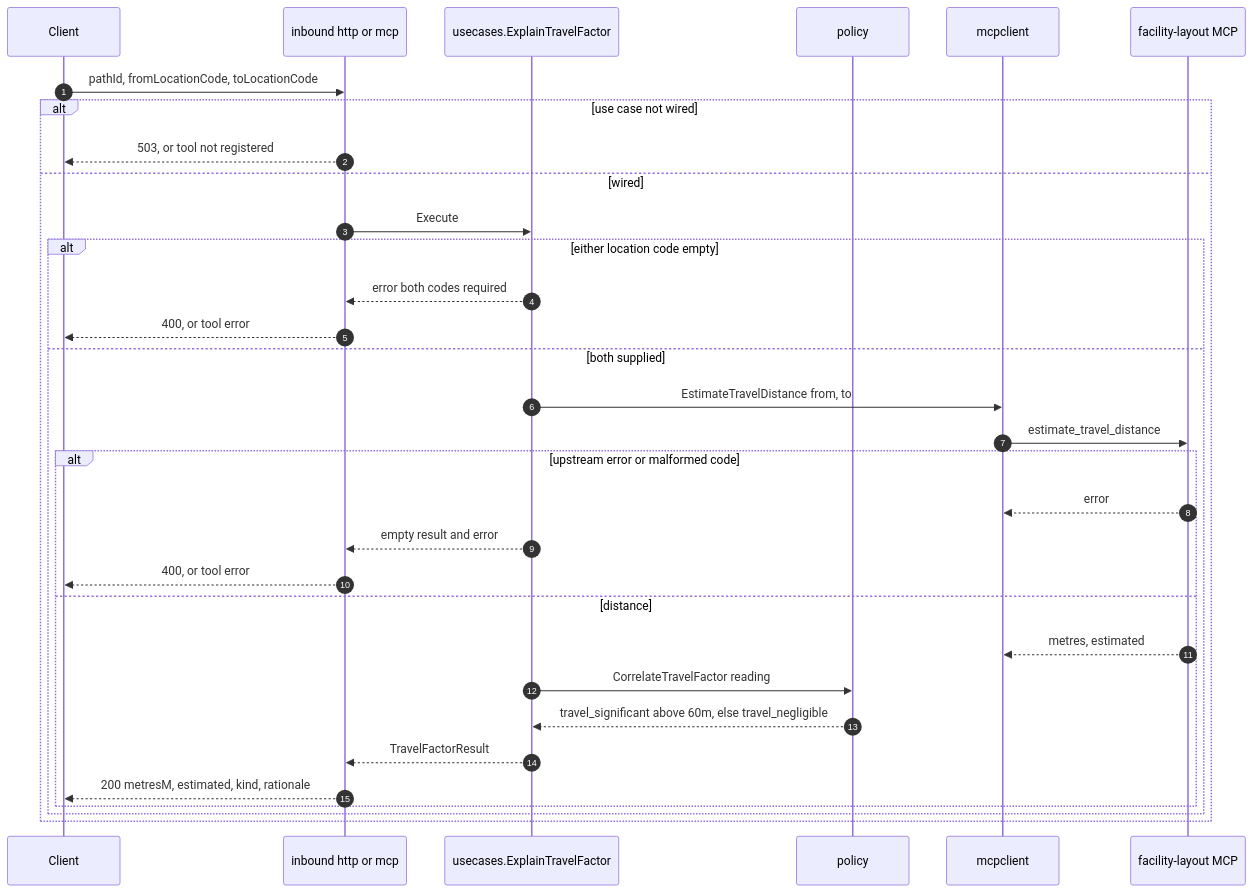
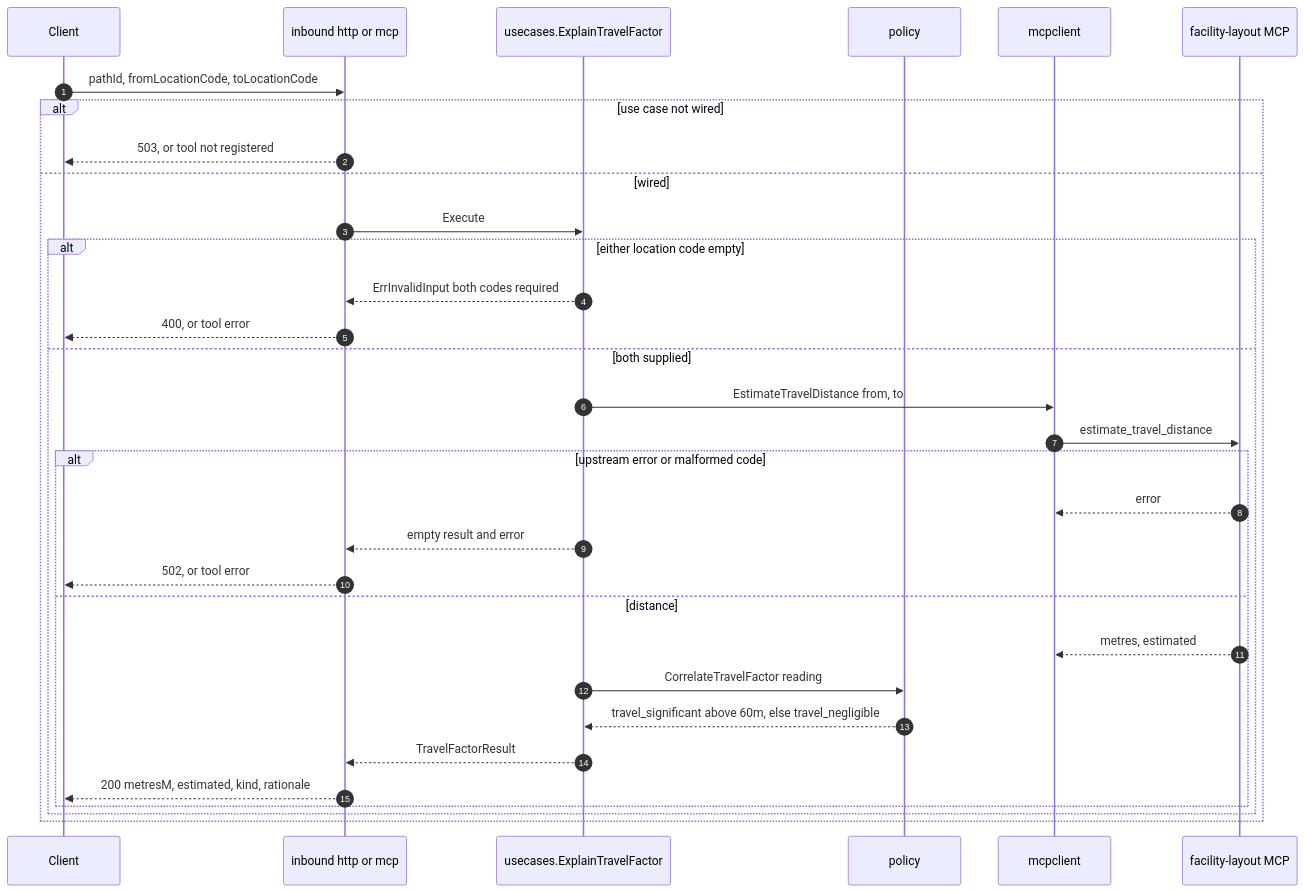
The third of 7 diagrams in docs/contexts/warehouse-ops-agent/sequence-diagrams.md (IQVO/warehouse-docs), drawn with Mermaid before and after one commit. The commit also changed 107 other files, not shown here.

````diff
--- a/docs/contexts/warehouse-ops-agent/sequence-diagrams.md
+++ b/docs/contexts/warehouse-ops-agent/sequence-diagrams.md
@@ -140,34 +140,34 @@
 ```mermaid
 sequenceDiagram
     autonumber
     participant C as Client
     participant IN as inbound http or mcp
     participant UC as usecases.ExplainTravelFactor
     participant P as policy
     participant MC as mcpclient
     participant FL as facility-layout MCP
     C->>IN: pathId, fromLocationCode, toLocationCode
     alt use case not wired
         IN-->>C: 503, or tool not registered
     else wired
         IN->>UC: Execute
         alt either location code empty
-            UC-->>IN: error both codes required
+            UC-->>IN: ErrInvalidInput both codes required
             IN-->>C: 400, or tool error
         else both supplied
             UC->>MC: EstimateTravelDistance from, to
             MC->>FL: estimate_travel_distance
             alt upstream error or malformed code
                 FL-->>MC: error
                 UC-->>IN: empty result and error
-                IN-->>C: 400, or tool error
+                IN-->>C: 502, or tool error
             else distance
                 FL-->>MC: metres, estimated
                 UC->>P: CorrelateTravelFactor reading
                 P-->>UC: travel_significant above 60m, else travel_negligible
                 UC-->>IN: TravelFactorResult
                 IN-->>C: 200 metresM, estimated, kind, rationale
             end
         end
     end
 ```
````
